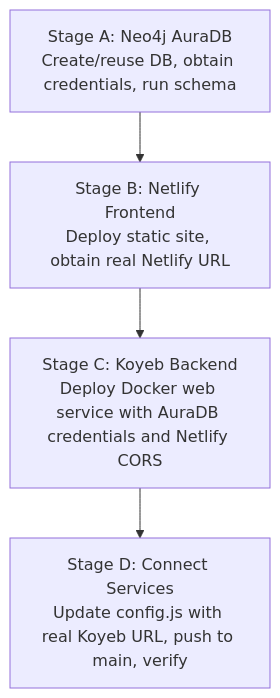
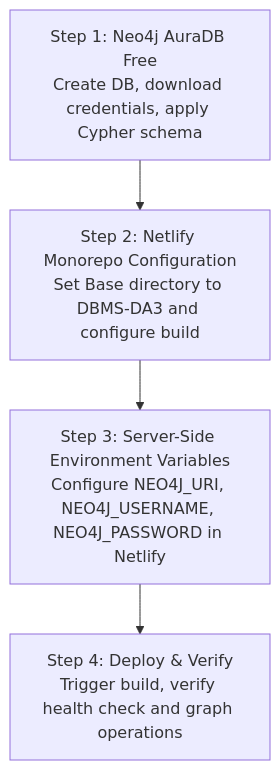
Before and after one commit to NithinSarvesh/CourierManagement: the second of 2 diagrams in DBMS-DA3/DEPLOYMENT.md, drawn with Mermaid. The commit also changed other lines of this file and 27 other files, not shown here.

Commit message:
feat(da3): migrate backend to Netlify Functions on Netlify Free plan

````diff
--- a/DBMS-DA3/DEPLOYMENT.md
+++ b/DBMS-DA3/DEPLOYMENT.md
@@ -34,6 +35,6 @@
 ```mermaid
 flowchart TD
-    A["Stage A: Neo4j AuraDB<br/>Create/reuse DB, obtain credentials, run schema"] --> B["Stage B: Netlify Frontend<br/>Deploy static site, obtain real Netlify URL"]
-    B --> C["Stage C: Koyeb Backend<br/>Deploy Docker web service with AuraDB credentials and Netlify CORS"]
-    C --> D["Stage D: Connect Services<br/>Update config.js with real Koyeb URL, push to main, verify"]
+    Step1["Step 1: Neo4j AuraDB Free<br/>Create DB, download credentials, apply Cypher schema"] --> Step2["Step 2: Netlify Monorepo Configuration<br/>Set Base directory to DBMS-DA3 and configure build"]
+    Step2 --> Step3["Step 3: Server-Side Environment Variables<br/>Configure NEO4J_URI, NEO4J_USERNAME, NEO4J_PASSWORD in Netlify"]
+    Step3 --> Step4["Step 4: Deploy & Verify<br/>Trigger build, verify health check and graph operations"]
 ```
````
